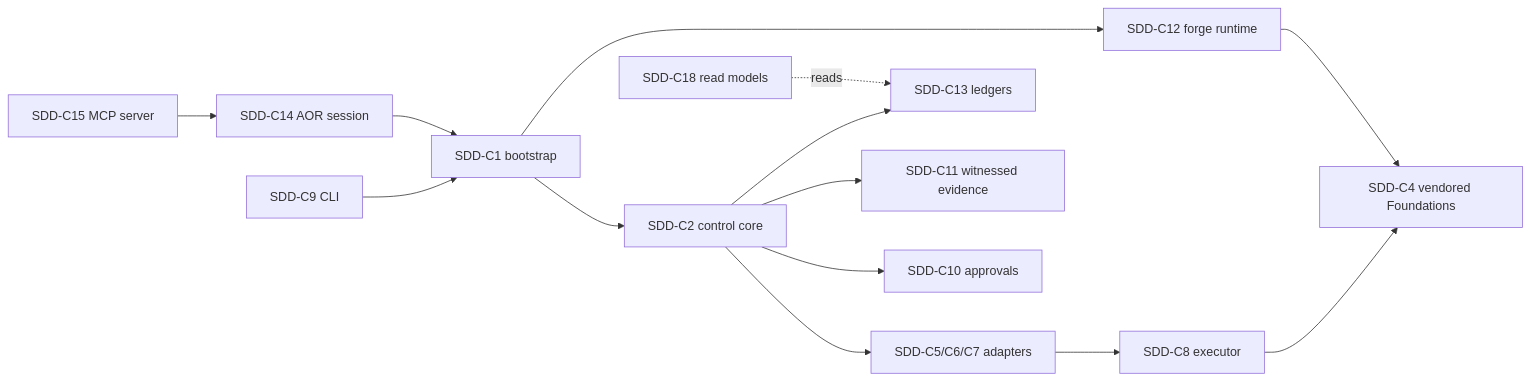
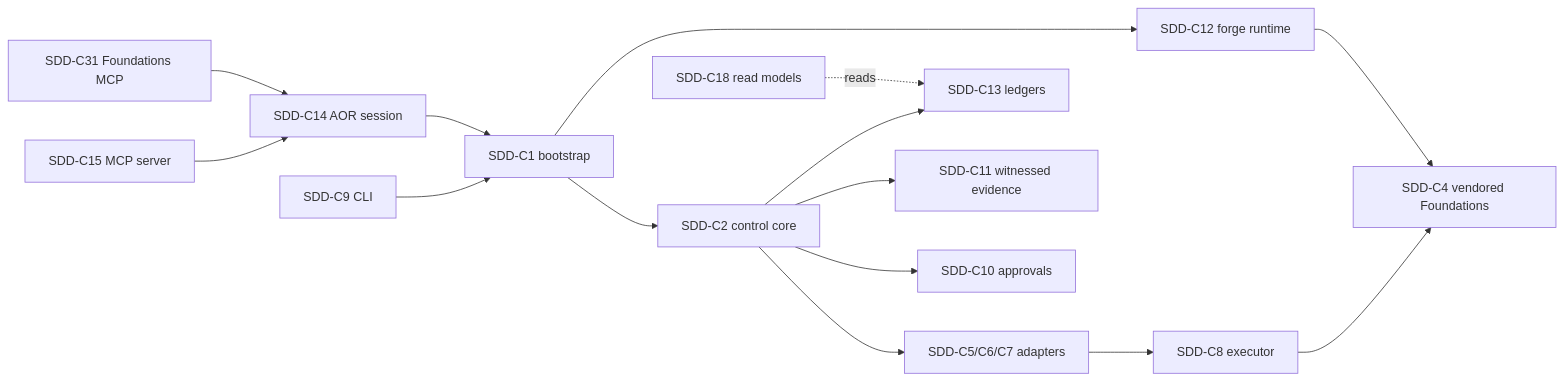
Before and after one commit to Akilleez-QA/cstack: the second of 2 diagrams in docs/architecture/architecture.md, drawn with Mermaid. The commit also changed other lines of this file and 10 other files, not shown here.

````diff
--- a/docs/architecture/architecture.md
+++ b/docs/architecture/architecture.md
@@ -86,16 +87,17 @@
 ```mermaid
 flowchart LR
     CLI[SDD-C9 CLI] --> BOOT[SDD-C1 bootstrap]
     MCP[SDD-C15 MCP server] --> AOR[SDD-C14 AOR session]
+    FMCP[SDD-C31 Foundations MCP] --> AOR
     AOR --> BOOT
     BOOT --> CORE[SDD-C2 control core]
     CORE --> AD[SDD-C5/C6/C7 adapters]
     AD --> EX[SDD-C8 executor]
     EX --> VEN[SDD-C4 vendored Foundations]
     CORE --> LED[SDD-C13 ledgers]
     CORE --> EV[SDD-C11 witnessed evidence]
     CORE --> APP[SDD-C10 approvals]
     BOOT --> FORGE[SDD-C12 forge runtime]
     FORGE --> VEN
     RM[SDD-C18 read models] -.reads.-> LED
 ```
````
